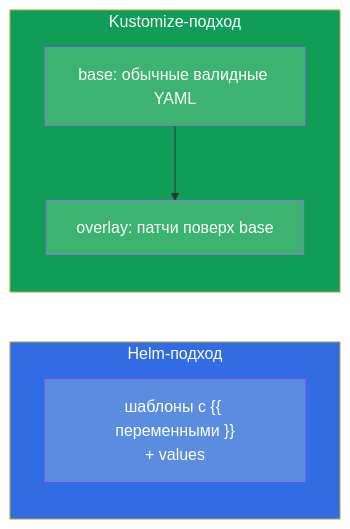
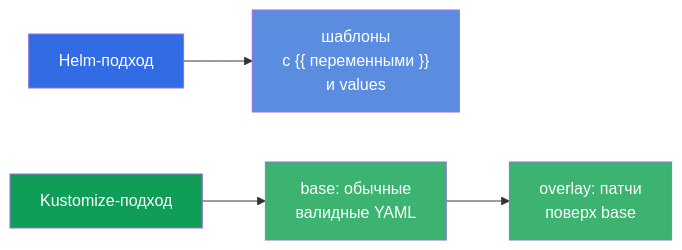
The first of 5 diagrams in tasks/cka/course/43/ru.md (ViktorUJ/cks), drawn with Mermaid before and after one commit. The commit also changed other lines of this file and 30 other files, not shown here.

````diff
--- a/tasks/cka/course/43/ru.md
+++ b/tasks/cka/course/43/ru.md
@@ -18,14 +18,14 @@
 ```mermaid
 flowchart LR
-    subgraph Helm["Helm-подход"]
-        h["шаблоны с {{ переменными }}<br>+ values"]
-    end
-    subgraph Kustomize["Kustomize-подход"]
-        base["base: обычные валидные YAML"] --> overlay["overlay: патчи поверх base"]
-    end
-    style Helm fill:#326ce5,color:#fff
-    style Kustomize fill:#0f9d58,color:#fff
+    helm["Helm-подход"]
+    helm --> h["шаблоны<br>с {{ переменными }}<br>и values"]
+
+    kust["Kustomize-подход"]
+    kust --> base["base: обычные<br>валидные YAML"]
+    base --> overlay["overlay: патчи<br>поверх base"]
+    style helm fill:#326ce5,color:#fff
+    style kust fill:#0f9d58,color:#fff
     style h fill:#5a8de0,color:#fff
     style base fill:#3cb371,color:#fff
     style overlay fill:#3cb371,color:#fff
 ```
````
